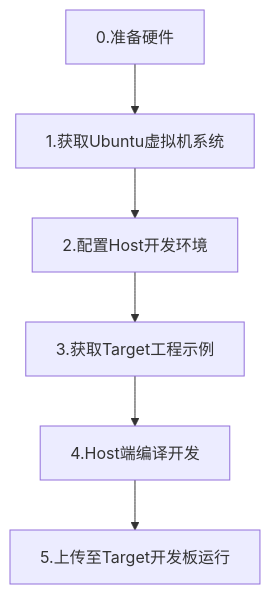
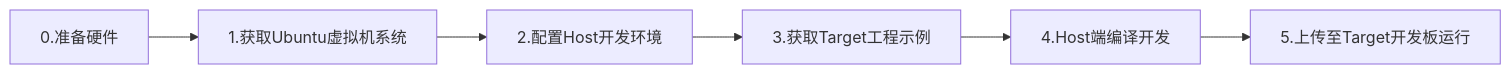
One commit to 100askTeam/LinuxCodeLibrary changed the diagram in docs/index.md. Above: the diagram before and after it, drawn with Mermaid. The commit also changed other lines of this file and 14 other files, not shown here.

````diff
--- a/docs/index.md
+++ b/docs/index.md
@@ -39,4 +40,4 @@
 ``` mermaid
-graph TD
+graph LR
 A[0.准备硬件]-->B[1.获取Ubuntu虚拟机系统]-->2.配置Host开发环境-->3.获取Target工程示例-->4.Host端编译开发-->5.上传至Target开发板运行
 ```
````
